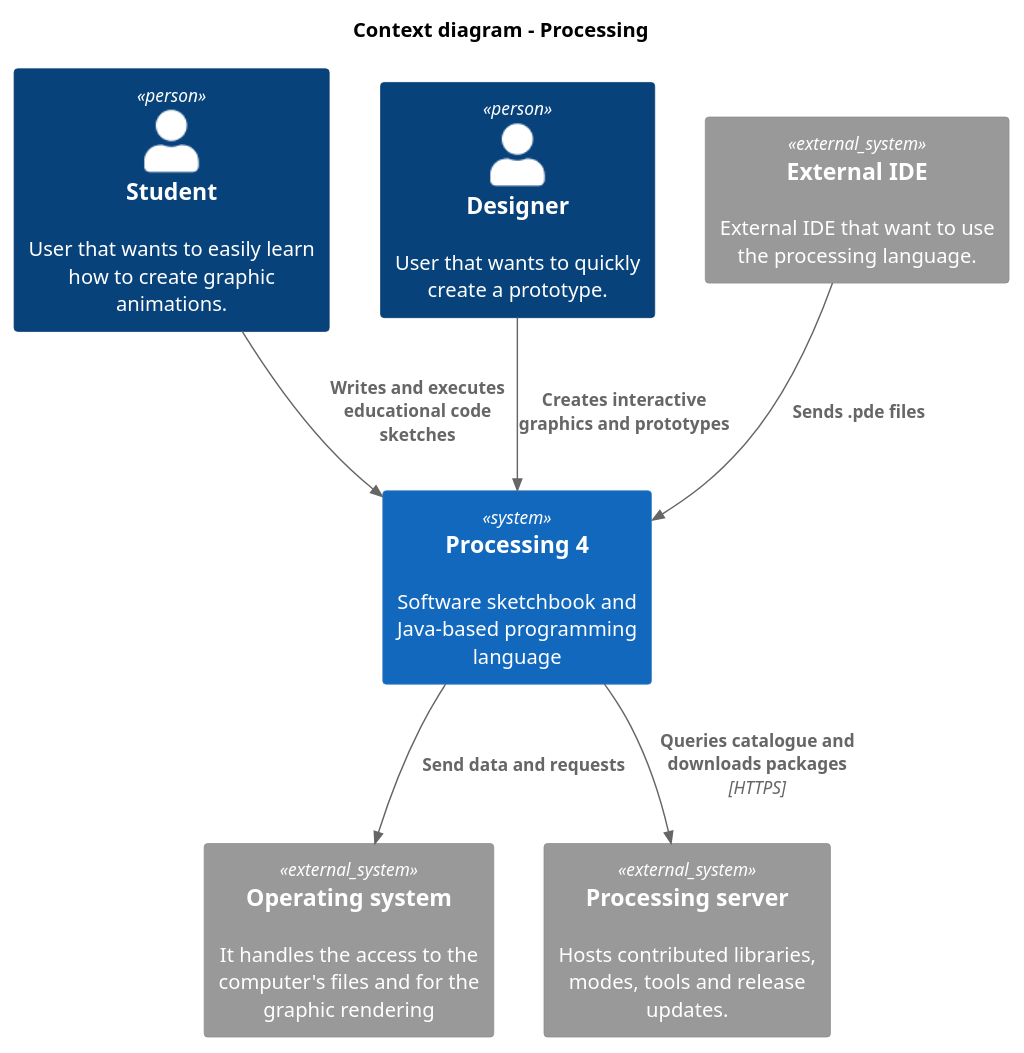
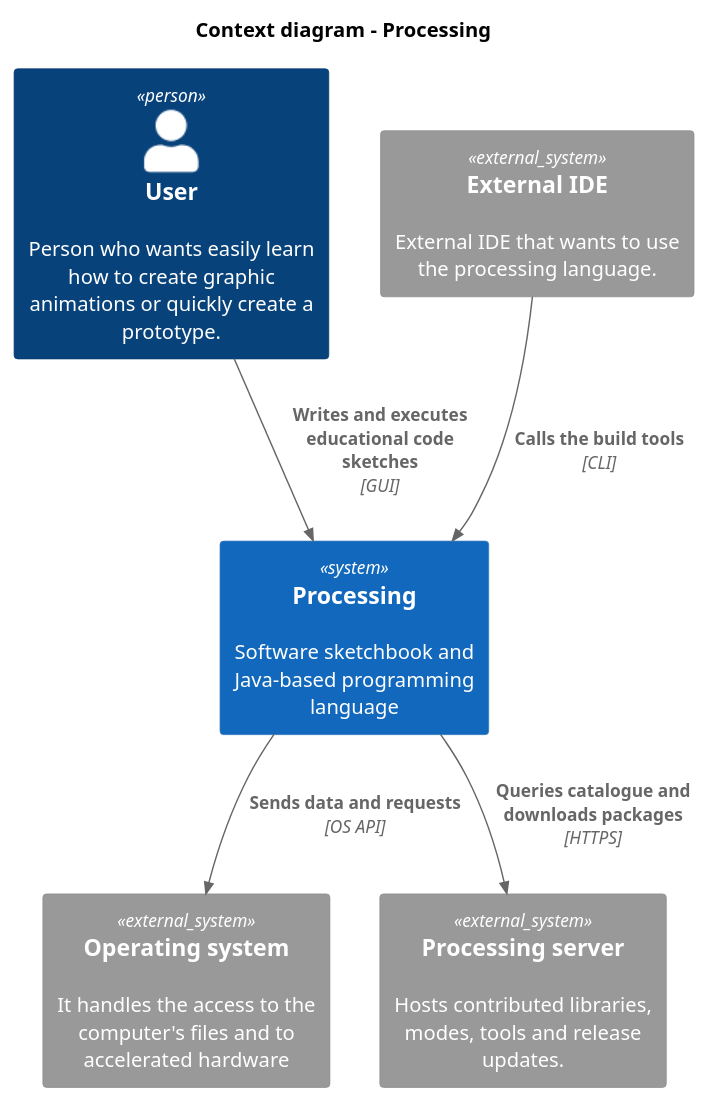
One commit to SDA2026-Group09/Project changed the diagram in diagrams/context_diagram.puml. Above: the diagram before and after it, drawn with PlantUML. The commit also changed 4 other files, not shown here.

Commit message:
Remove inconsistency between diagrams

```diff
--- a/diagrams/context_diagram.puml
+++ b/diagrams/context_diagram.puml
@@ -1,24 +1,23 @@
 @startuml C4_context
 !include <C4/C4_Context>
 
 title Context diagram - Processing 
 
-Person(student, "Student", "User that wants to easily learn how to create graphic animations.")
-Person(designer, "Designer", "User that wants to quickly create a prototype.")
+/' Persons '/
+Person(user, "User", "Person who wants easily learn how to create graphic animations or quickly create a prototype.")
 
-System(processing4, "Processing 4", "Software sketchbook and Java-based programming language")
-'System_Ext(embedded_hardware, "Embedded hardware", "Embedded hardware (like Raspberry and Arduino) that sends or receives data to process. It can display the sketches.")
-System_Ext(os, "Operating system", "It handles the access to the computer's files and for the graphic rendering")
+/' Systems '/
+System(processing4, "Processing", "Software sketchbook and Java-based programming language")
+System_Ext(os, "Operating system", "It handles the access to the computer's files and to accelerated hardware")
 System_Ext(processing_server, "Processing server", "Hosts contributed libraries, modes, tools and release updates.")
-System_Ext(external_ide, "External IDE", "External IDE that want to use the processing language.")
+System_Ext(external_ide, "External IDE", "External IDE that wants to use the processing language.")
 
 /' Person relationships '/
-Rel(student, processing4, "Writes and executes educational code sketches")
-Rel(designer, processing4, "Creates interactive graphics and prototypes")
+Rel(user, processing4, "Writes and executes educational code sketches", "GUI")
 
 /' External component relationships '/
-Rel(processing4, os, "Send data and requests")
+Rel(processing4, os, "Sends data and requests", "OS API")
 Rel(processing4, processing_server, "Queries catalogue and downloads packages", "HTTPS")
-Rel(external_ide, processing4, "Sends .pde files")
+Rel(external_ide, processing4, "Calls the build tools", "CLI")
 
 @enduml
```
